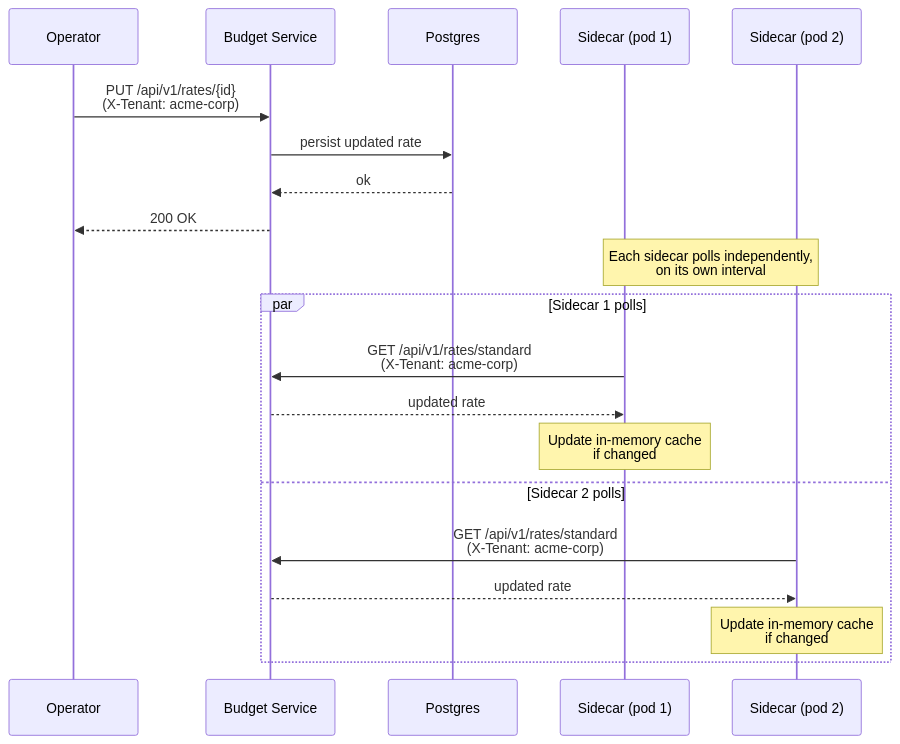
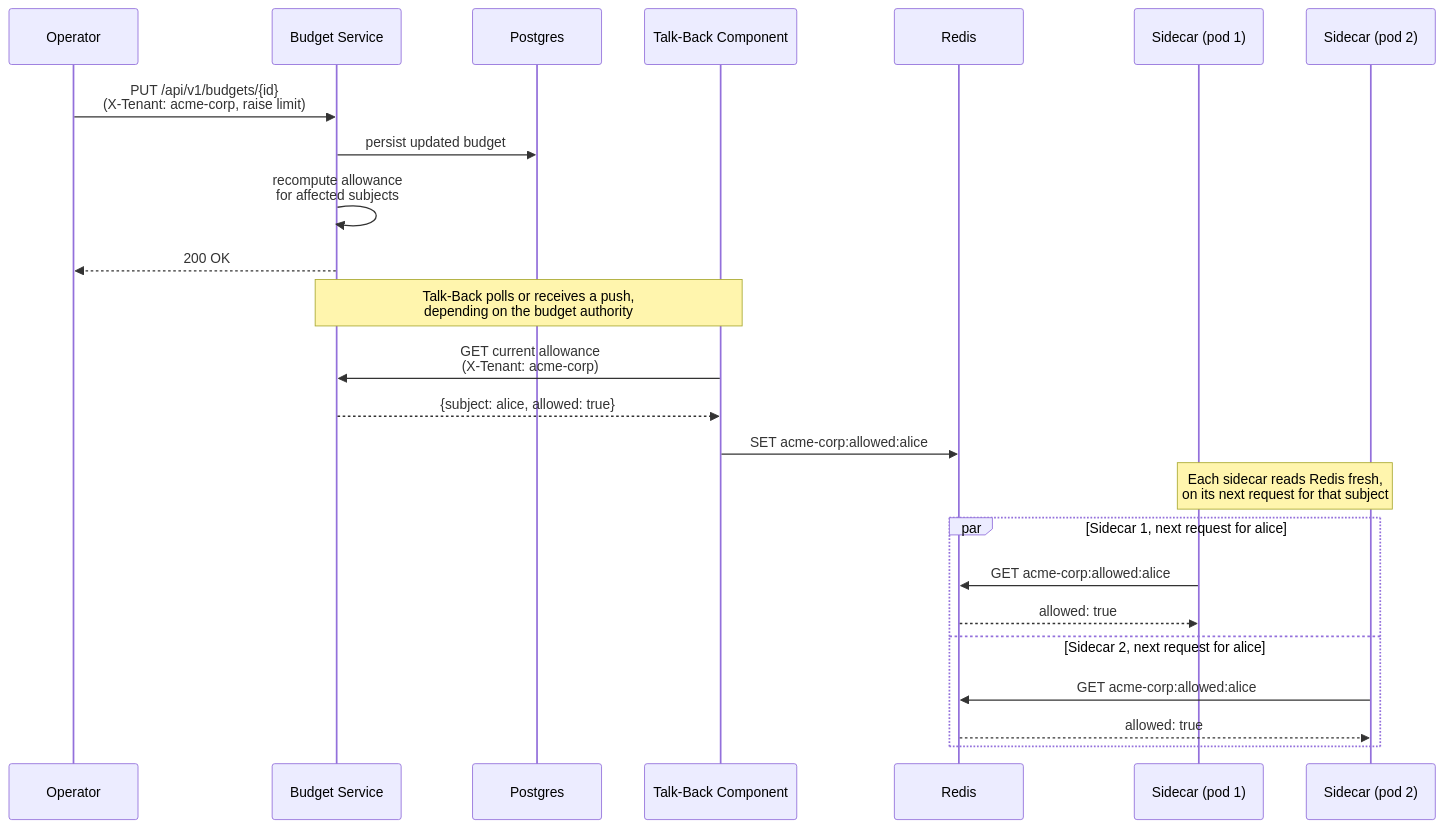
Before and after one commit to ahadas/architecture-decision-records: the third of 3 diagrams in architecture-decision-records/ai-gateway/ODH-ADR-0001-Tokenomics.md, drawn with Mermaid. The commit also changed other lines of this file, not shown here.

Commit message:
clean up arch diagram

````diff
--- a/architecture-decision-records/ai-gateway/ODH-ADR-0001-Tokenomics.md
+++ b/architecture-decision-records/ai-gateway/ODH-ADR-0001-Tokenomics.md
@@ -163,25 +154,31 @@
 ```mermaid
 sequenceDiagram
     participant Operator
     participant BudgetService as Budget Service
     participant Postgres
+    participant TalkBack as Talk-Back Component
+    participant Redis
     participant Sidecar1 as Sidecar (pod 1)
     participant Sidecar2 as Sidecar (pod 2)
 
-    Operator->>BudgetService: PUT /api/v1/rates/{id}<br>(X-Tenant: acme-corp)
-    BudgetService->>Postgres: persist updated rate
-    Postgres-->>BudgetService: ok
+    Operator->>BudgetService: PUT /api/v1/budgets/{id}<br>(X-Tenant: acme-corp, raise limit)
+    BudgetService->>Postgres: persist updated budget
+    BudgetService->>BudgetService: recompute allowance<br>for affected subjects
     BudgetService-->>Operator: 200 OK
 
-    Note over Sidecar1,Sidecar2: Each sidecar polls independently,<br>on its own interval
+    Note over TalkBack,BudgetService: Talk-Back polls or receives a push,<br>depending on the budget authority
 
-    par Sidecar 1 polls
-        Sidecar1->>BudgetService: GET /api/v1/rates/standard<br>(X-Tenant: acme-corp)
-        BudgetService-->>Sidecar1: updated rate
-        Note over Sidecar1: Update in-memory cache<br>if changed
-    and Sidecar 2 polls
-        Sidecar2->>BudgetService: GET /api/v1/rates/standard<br>(X-Tenant: acme-corp)
-        BudgetService-->>Sidecar2: updated rate
-        Note over Sidecar2: Update in-memory cache<br>if changed
+    TalkBack->>BudgetService: GET current allowance<br>(X-Tenant: acme-corp)
+    BudgetService-->>TalkBack: {subject: alice, allowed: true}
+    TalkBack->>Redis: SET acme-corp:allowed:alice
+
+    Note over Sidecar1,Sidecar2: Each sidecar reads Redis fresh,<br>on its next request for that subject
+
+    par Sidecar 1, next request for alice
+        Sidecar1->>Redis: GET acme-corp:allowed:alice
+        Redis-->>Sidecar1: allowed: true
+    and Sidecar 2, next request for alice
+        Sidecar2->>Redis: GET acme-corp:allowed:alice
+        Redis-->>Sidecar2: allowed: true
     end
 ```
````
